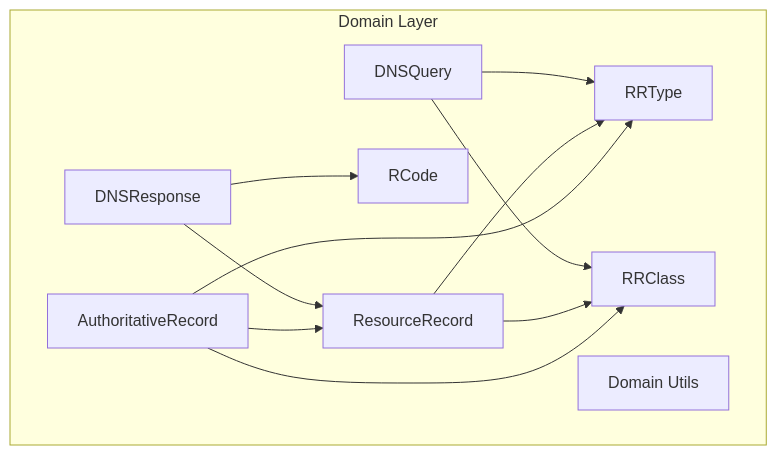
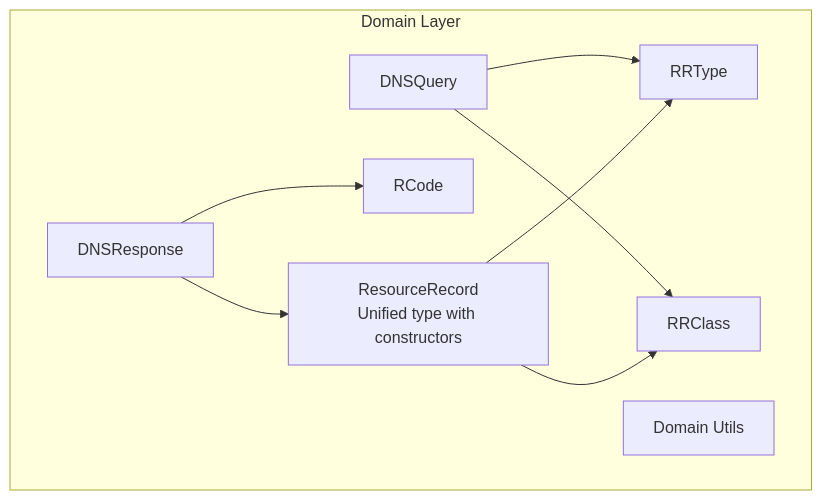
The fifth of 9 diagrams in docs/arc42.md (haukened/rr-dns), drawn with Mermaid before and after one commit. The commit also changed other lines of this file and 8 other files, not shown here.

````diff
--- a/docs/arc42.md
+++ b/docs/arc42.md
@@ -186,23 +209,19 @@
 ```mermaid
 graph TD
     subgraph "Domain Layer"
         DNSQuery[DNSQuery]
         DNSResponse[DNSResponse]
-        ResourceRecord[ResourceRecord]
-        AuthoritativeRecord[AuthoritativeRecord]
+        ResourceRecord[ResourceRecord<br/>Unified type with constructors]
         RRType[RRType]
         RRClass[RRClass]
         RCode[RCode]
         Utils[Domain Utils]
     end
     
     DNSQuery --> RRType
     DNSQuery --> RRClass
     DNSResponse --> RCode
     DNSResponse --> ResourceRecord
     ResourceRecord --> RRType
     ResourceRecord --> RRClass
-    AuthoritativeRecord --> RRType
-    AuthoritativeRecord --> RRClass
-    AuthoritativeRecord --> ResourceRecord
 ```
````
